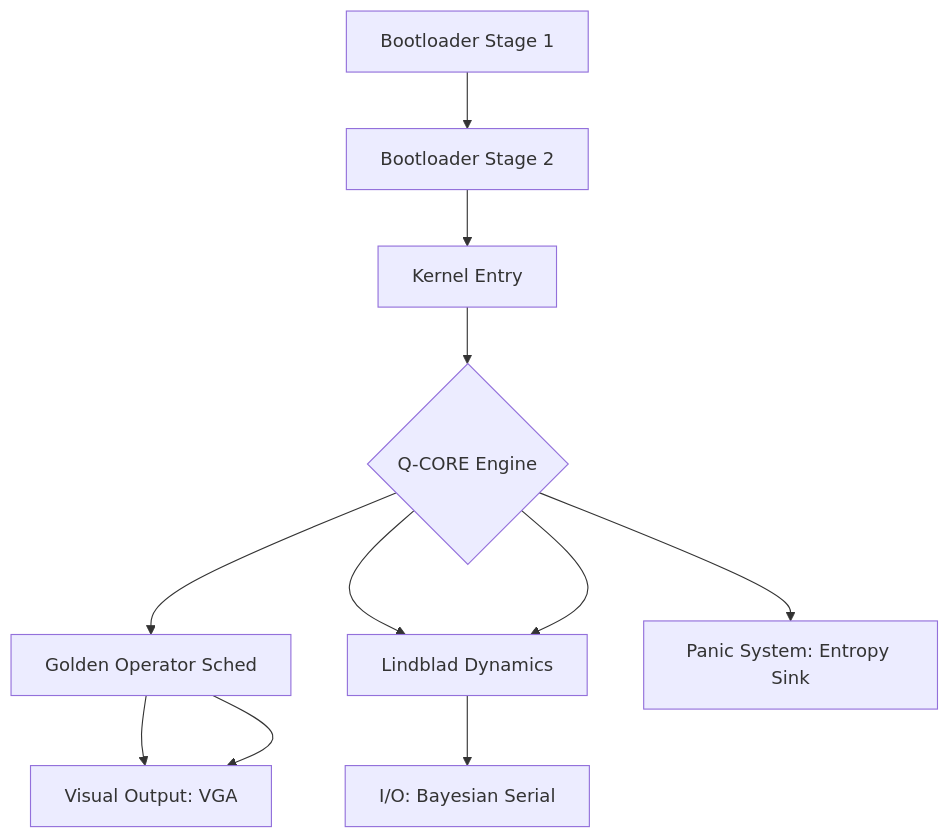
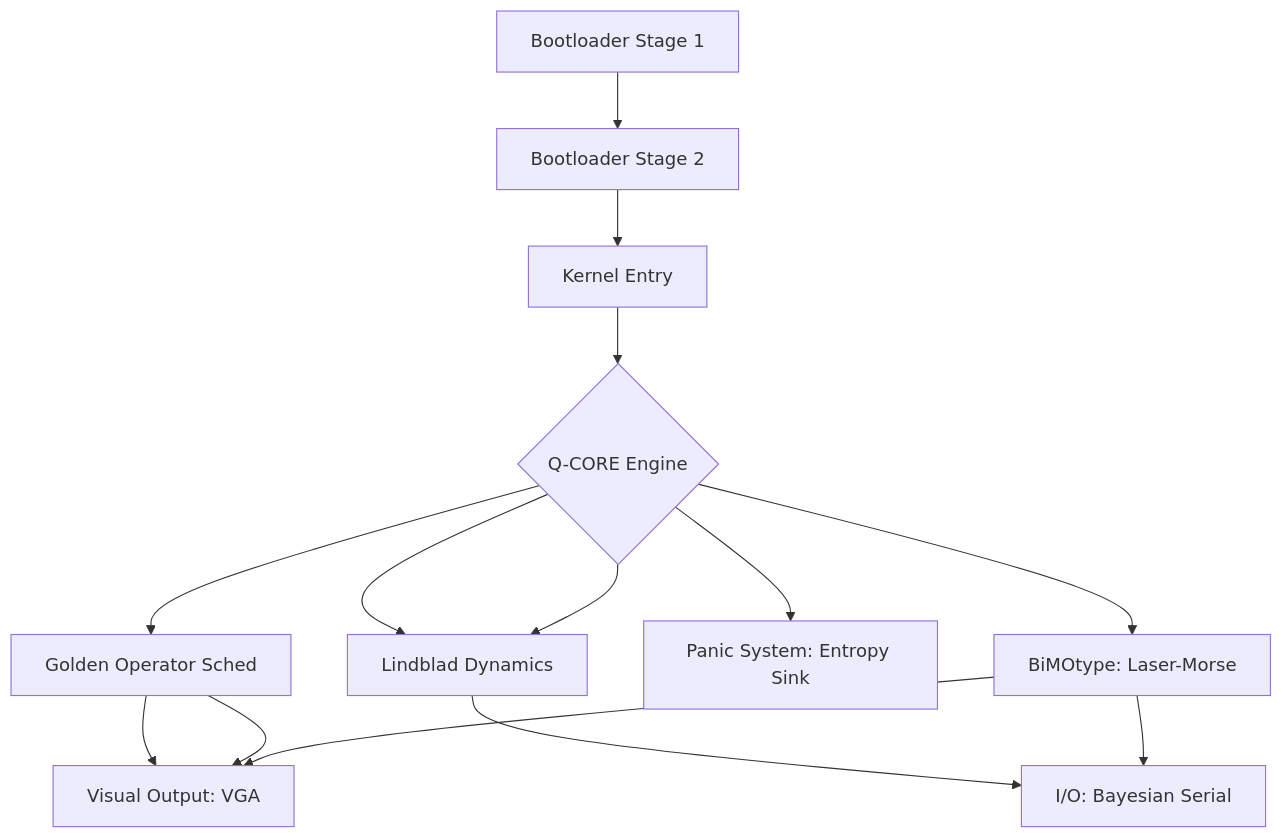
The diagram in README.md (smokappstore/Smopsys), drawn with Mermaid before and after one commit. The commit also changed other lines of this file and 20 other files, not shown here.

````diff
--- a/README.md
+++ b/README.md
@@ -40,13 +47,17 @@
 ```mermaid
 graph TD
     A[Bootloader Stage 1] --> B[Bootloader Stage 2]
     B --> C[Kernel Entry]
     C --> D{Q-CORE Engine}
     D --> E[Golden Operator Sched]
     D --> F[Lindblad Dynamics]
     E --> G[Visual Output: VGA]
     D --> F[Lindblad Dynamics]
     D --> I[Panic System: Entropy Sink]
+    D --> J[BiMOtype: Laser-Morse]
     E --> G[Visual Output: VGA]
     F --> H[I/O: Bayesian Serial]
+    J --> G
+    J --> H
+
 ```
````
